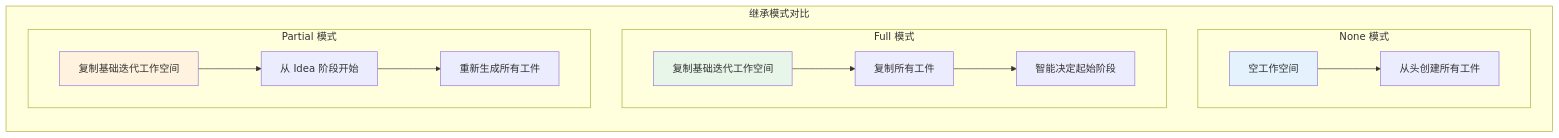
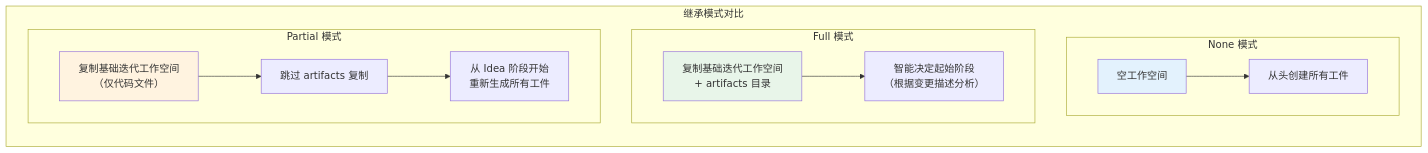
The second of 3 diagrams in docs/architecture/iteration-architecture.md (sopaco/cowork-forge), drawn with Mermaid before and after one commit. The commit also changed other lines of this file and 4 other files, not shown here.

````diff
--- a/docs/architecture/iteration-architecture.md
+++ b/docs/architecture/iteration-architecture.md
@@ -56,30 +56,29 @@
 ```mermaid
 graph TB
     subgraph "继承模式对比"
         direction TB
 
         subgraph "None 模式"
             N1["空工作空间"]
             N2["从头创建所有工件"]
             N1 --> N2
         end
 
         subgraph "Full 模式"
-            F1["复制基础迭代工作空间"]
-            F2["复制所有工件"]
-            F3["智能决定起始阶段"]
-            F1 --> F2 --> F3
+            F1["复制基础迭代工作空间<br/>+ artifacts 目录"]
+            F2["智能决定起始阶段<br/>（根据变更描述分析）"]
+            F1 --> F2
         end
 
         subgraph "Partial 模式"
-            P1["复制基础迭代工作空间"]
-            P2["从 Idea 阶段开始"]
-            P3["重新生成所有工件"]
+            P1["复制基础迭代工作空间<br/>（仅代码文件）"]
+            P2["跳过 artifacts 复制"]
+            P3["从 Idea 阶段开始<br/>重新生成所有工件"]
             P1 --> P2 --> P3
         end
     end
 
     style N1 fill:#e3f2fd
     style F1 fill:#e8f5e9
     style P1 fill:#fff3e0
 ```
````
